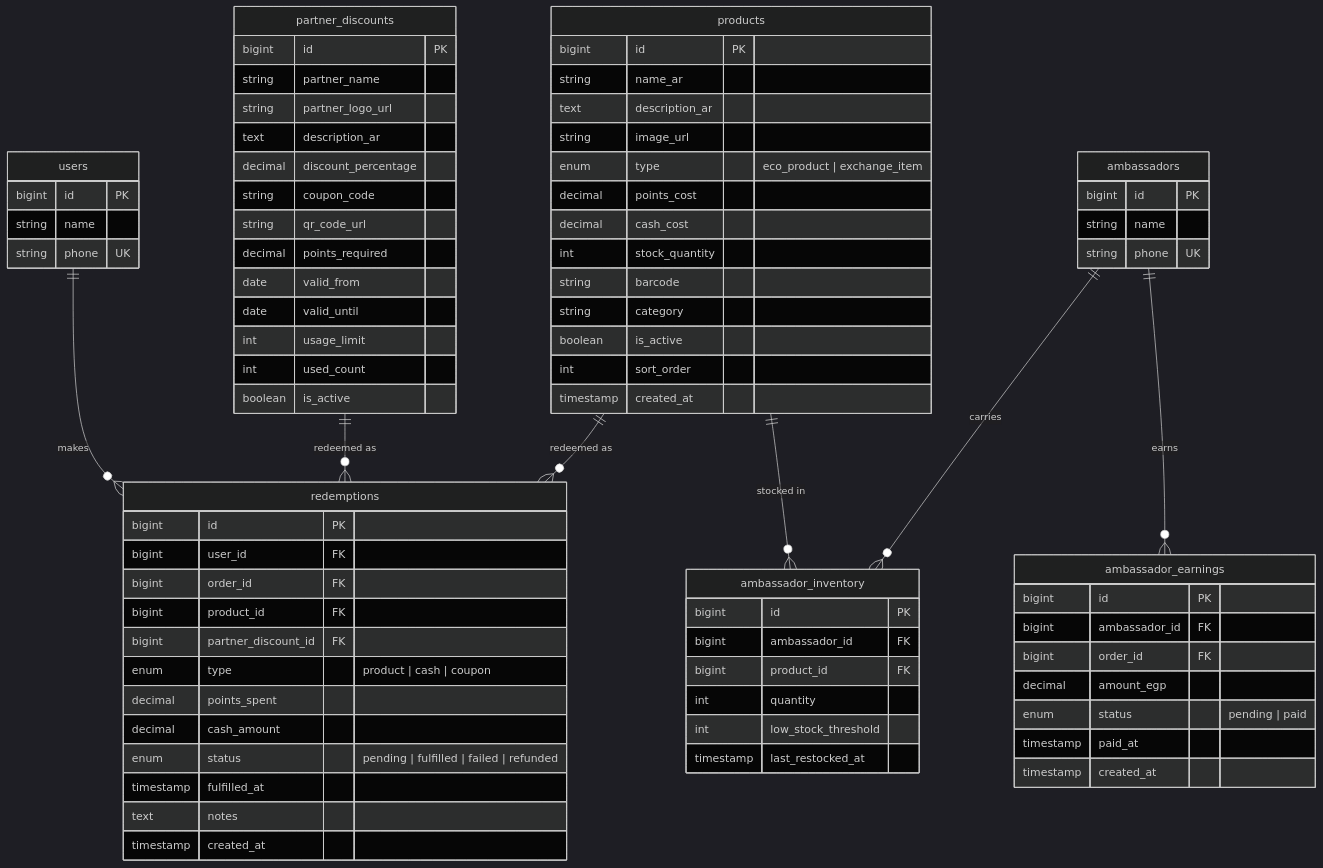
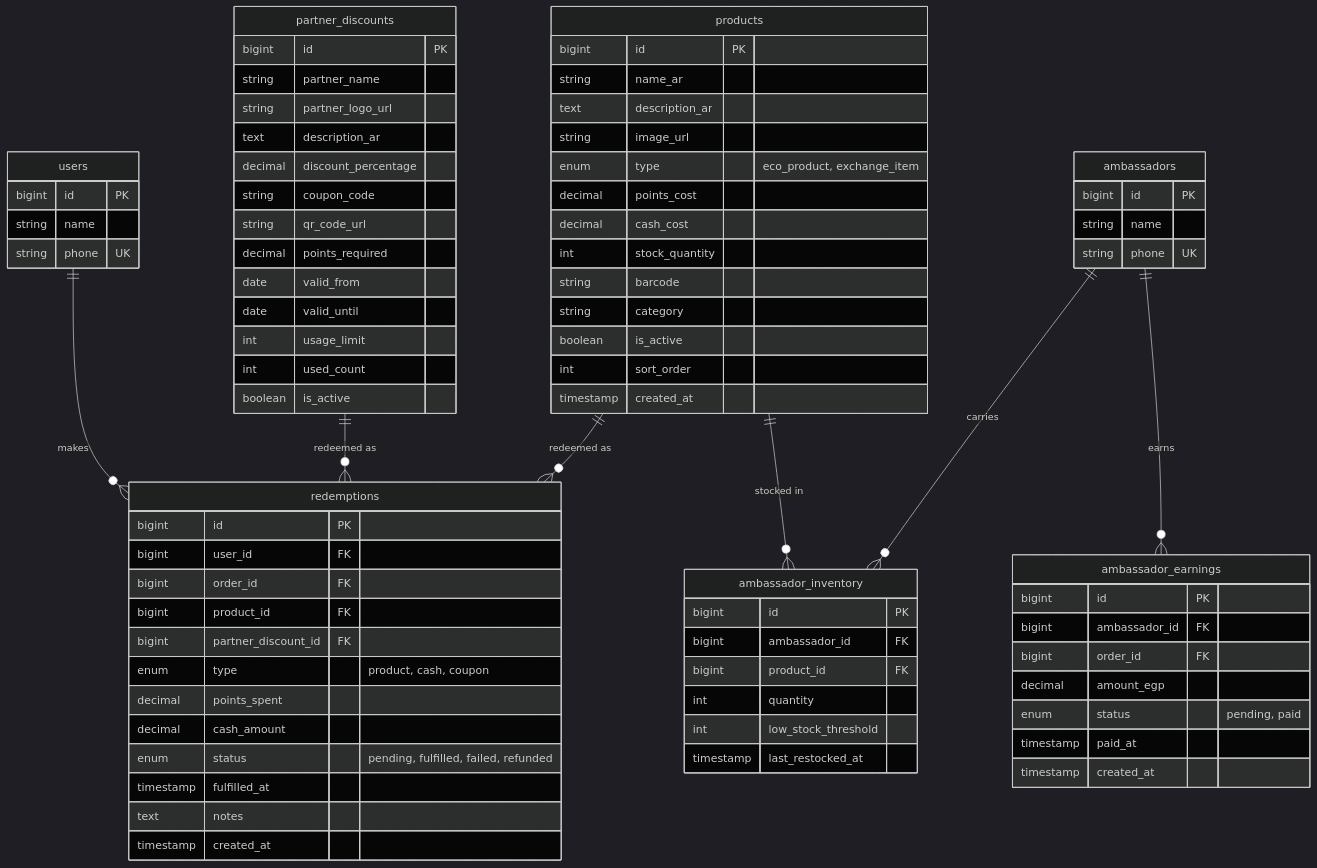
The seventh of 31 diagrams in user prd.md (MohamedThabt/Rebekia-docs), drawn with Mermaid (dark theme) before and after one commit. The commit also changed other lines of this file, not shown here.

Commit message:
chore: fix mermaid diagram syntax for github rendering

```diff
--- a/user prd.md
+++ b/user prd.md
@@ -531,7 +533,7 @@
         string name_ar
         text description_ar
         string image_url
-        enum type "eco_product | exchange_item"
+        enum type "eco_product, exchange_item"
         decimal points_cost
         decimal cash_cost
         int stock_quantity
@@ -564,10 +566,10 @@
         bigint order_id FK
         bigint product_id FK
         bigint partner_discount_id FK
-        enum type "product | cash | coupon"
+        enum type "product, cash, coupon"
         decimal points_spent
         decimal cash_amount
-        enum status "pending | fulfilled | failed | refunded"
+        enum status "pending, fulfilled, failed, refunded"
         timestamp fulfilled_at
         text notes
         timestamp created_at
@@ -587,7 +589,7 @@
         bigint ambassador_id FK
         bigint order_id FK
         decimal amount_egp
-        enum status "pending | paid"
+        enum status "pending, paid"
         timestamp paid_at
         timestamp created_at
     }
```
